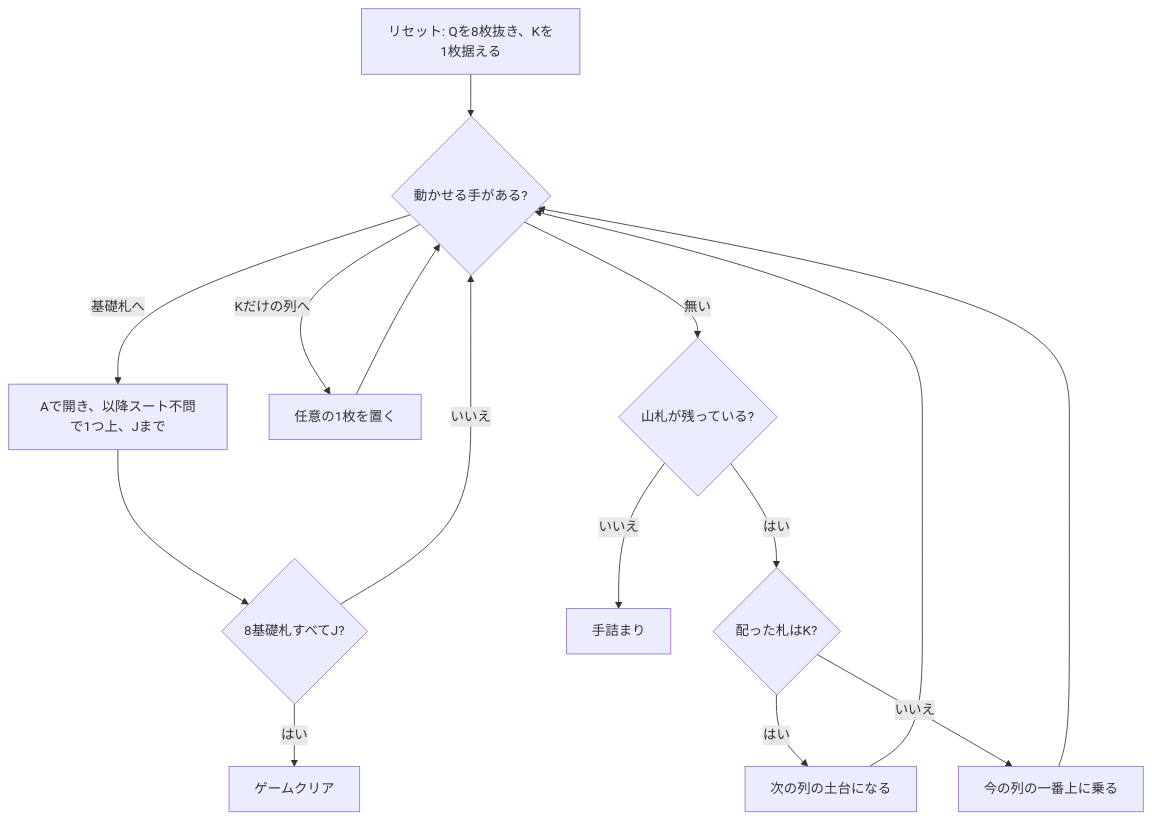
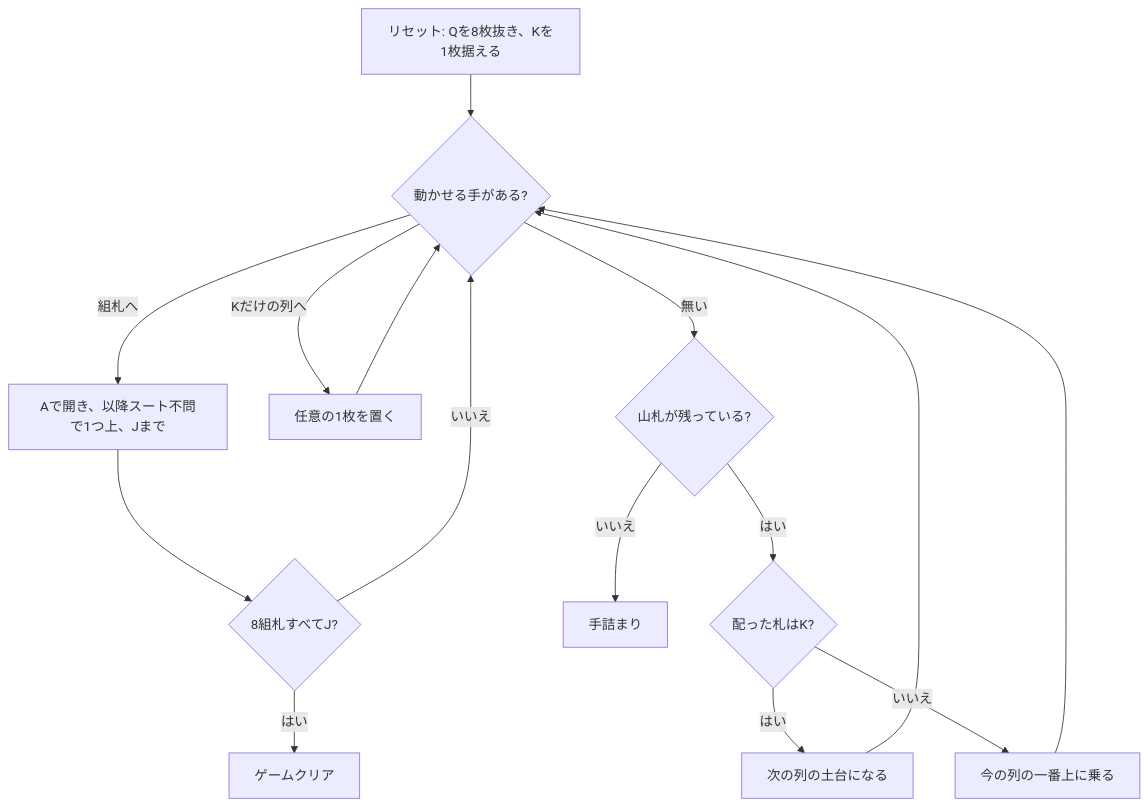
One commit to yuta-yoshinaga/go_trumpcards changed the diagram in docs/manual/cui/saliclaw.md. Above: the diagram before and after it, drawn with Mermaid. The commit also changed other lines of this file and 71 other files, not shown here.

````diff
--- a/docs/manual/cui/saliclaw.md
+++ b/docs/manual/cui/saliclaw.md
@@ -33,17 +33,17 @@
 ```mermaid
 flowchart TD
     A[リセット: Qを8枚抜き、Kを1枚据える] --> B{動かせる手がある?}
-    B -- 基礎札へ --> C[Aで開き、以降スート不問で1つ上、Jまで]
+    B -- 組札へ --> C[Aで開き、以降スート不問で1つ上、Jまで]
     B -- Kだけの列へ --> D[任意の1枚を置く]
     B -- 無い --> E{山札が残っている?}
     E -- はい --> F{配った札はK?}
     F -- はい --> G[次の列の土台になる]
     F -- いいえ --> H[今の列の一番上に乗る]
     E -- いいえ --> I[手詰まり]
-    C --> J{8基礎札すべてJ?}
+    C --> J{8組札すべてJ?}
     D --> B
     G --> B
     H --> B
     J -- はい --> K[ゲームクリア]
     J -- いいえ --> B
 ```
````
